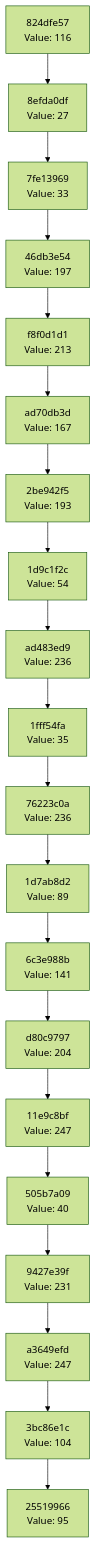
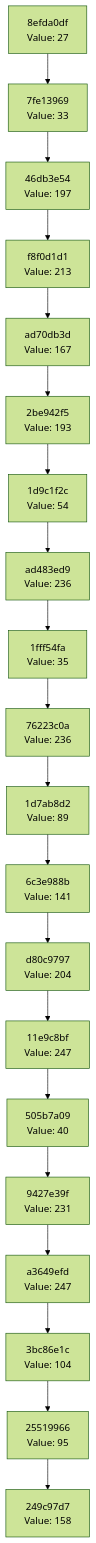
Before and after one commit to Abhisheksinha1506/hash-chain-evolver: the diagram in docs/CHAIN_VISUALIZATION.md, drawn with Mermaid (forest theme). The commit also changed 3 other files, not shown here.

````diff
--- a/docs/CHAIN_VISUALIZATION.md
+++ b/docs/CHAIN_VISUALIZATION.md
@@ -3,42 +3,42 @@
 ```mermaid
 graph TD
-    C0["25519966<br/>Value: 95"]
-    C1["3bc86e1c<br/>Value: 104"]
+    C0["249c97d7<br/>Value: 158"]
+    C1["25519966<br/>Value: 95"]
     C1 --> C0
-    C2["a3649efd<br/>Value: 247"]
+    C2["3bc86e1c<br/>Value: 104"]
     C2 --> C1
-    C3["9427e39f<br/>Value: 231"]
+    C3["a3649efd<br/>Value: 247"]
     C3 --> C2
-    C4["505b7a09<br/>Value: 40"]
+    C4["9427e39f<br/>Value: 231"]
     C4 --> C3
-    C5["11e9c8bf<br/>Value: 247"]
+    C5["505b7a09<br/>Value: 40"]
     C5 --> C4
-    C6["d80c9797<br/>Value: 204"]
+    C6["11e9c8bf<br/>Value: 247"]
     C6 --> C5
-    C7["6c3e988b<br/>Value: 141"]
+    C7["d80c9797<br/>Value: 204"]
     C7 --> C6
-    C8["1d7ab8d2<br/>Value: 89"]
+    C8["6c3e988b<br/>Value: 141"]
     C8 --> C7
-    C9["76223c0a<br/>Value: 236"]
+    C9["1d7ab8d2<br/>Value: 89"]
     C9 --> C8
-    C10["1fff54fa<br/>Value: 35"]
+    C10["76223c0a<br/>Value: 236"]
     C10 --> C9
-    C11["ad483ed9<br/>Value: 236"]
+    C11["1fff54fa<br/>Value: 35"]
     C11 --> C10
-    C12["1d9c1f2c<br/>Value: 54"]
+    C12["ad483ed9<br/>Value: 236"]
     C12 --> C11
-    C13["2be942f5<br/>Value: 193"]
+    C13["1d9c1f2c<br/>Value: 54"]
     C13 --> C12
-    C14["ad70db3d<br/>Value: 167"]
+    C14["2be942f5<br/>Value: 193"]
     C14 --> C13
-    C15["f8f0d1d1<br/>Value: 213"]
+    C15["ad70db3d<br/>Value: 167"]
     C15 --> C14
-    C16["46db3e54<br/>Value: 197"]
+    C16["f8f0d1d1<br/>Value: 213"]
     C16 --> C15
-    C17["7fe13969<br/>Value: 33"]
+    C17["46db3e54<br/>Value: 197"]
     C17 --> C16
-    C18["8efda0df<br/>Value: 27"]
+    C18["7fe13969<br/>Value: 33"]
     C18 --> C17
-    C19["824dfe57<br/>Value: 116"]
+    C19["8efda0df<br/>Value: 27"]
     C19 --> C18
 ```
````
